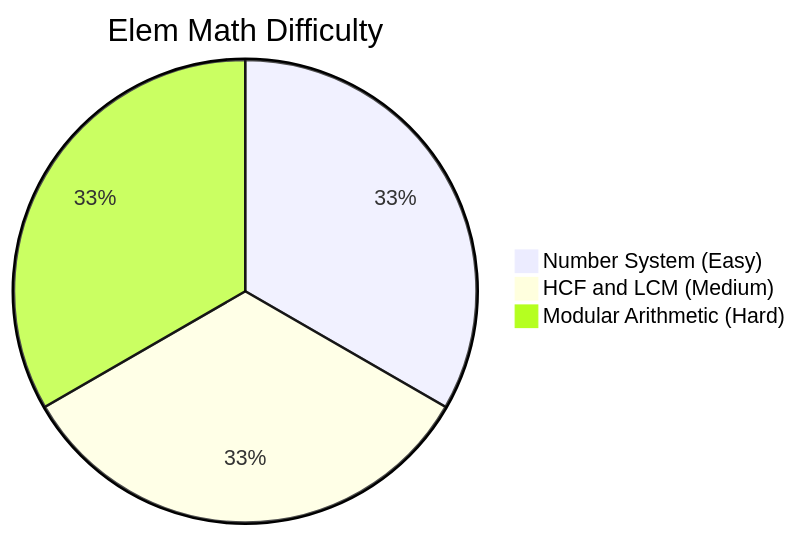
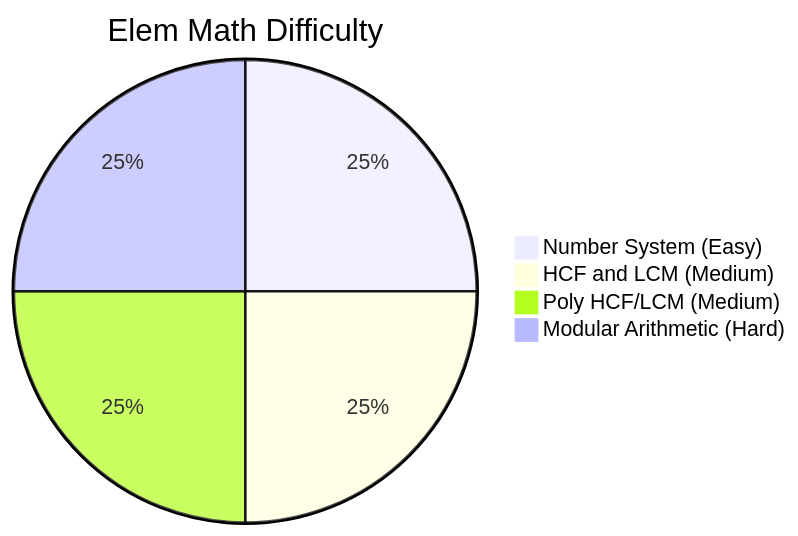
Before and after one commit to skc-coder/SAGE: the second of 3 diagrams in content/cds/math/math_overview.md, drawn with Mermaid. The commit also changed other lines of this file and 17 other files, not shown here.

First line of the commit message:
feat(ch15): add topic & subtopic notes, categorized practice questions, and novel variations for HCF and LCM of Polynomials

````diff
--- a/content/cds/math/math_overview.md
+++ b/content/cds/math/math_overview.md
@@ -31,6 +32,7 @@
 ```mermaid
 pie title Elem Math Difficulty
     "Number System (Easy)" : 1
     "HCF and LCM (Medium)" : 1
+    "Poly HCF/LCM (Medium)" : 1
     "Modular Arithmetic (Hard)" : 1
 ```
````
